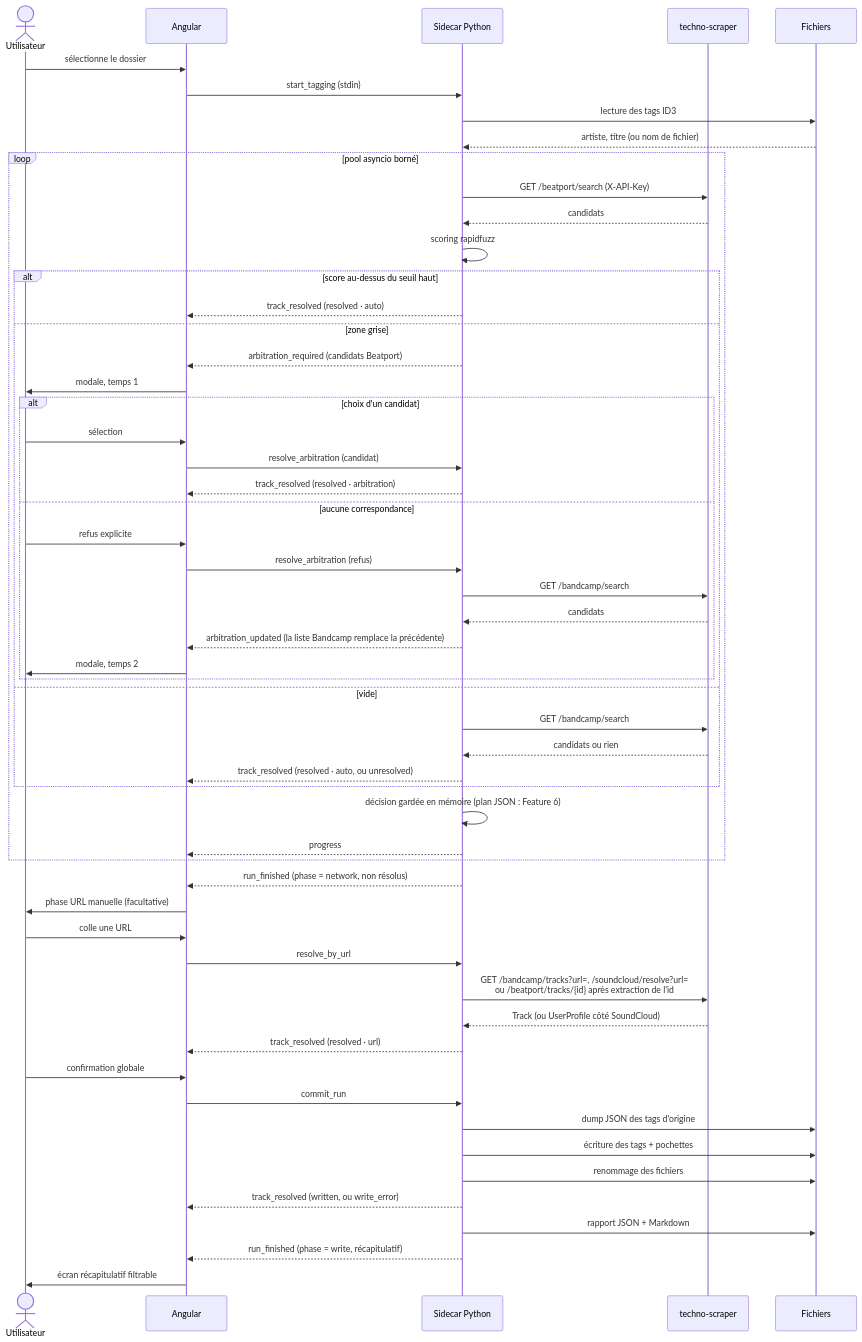
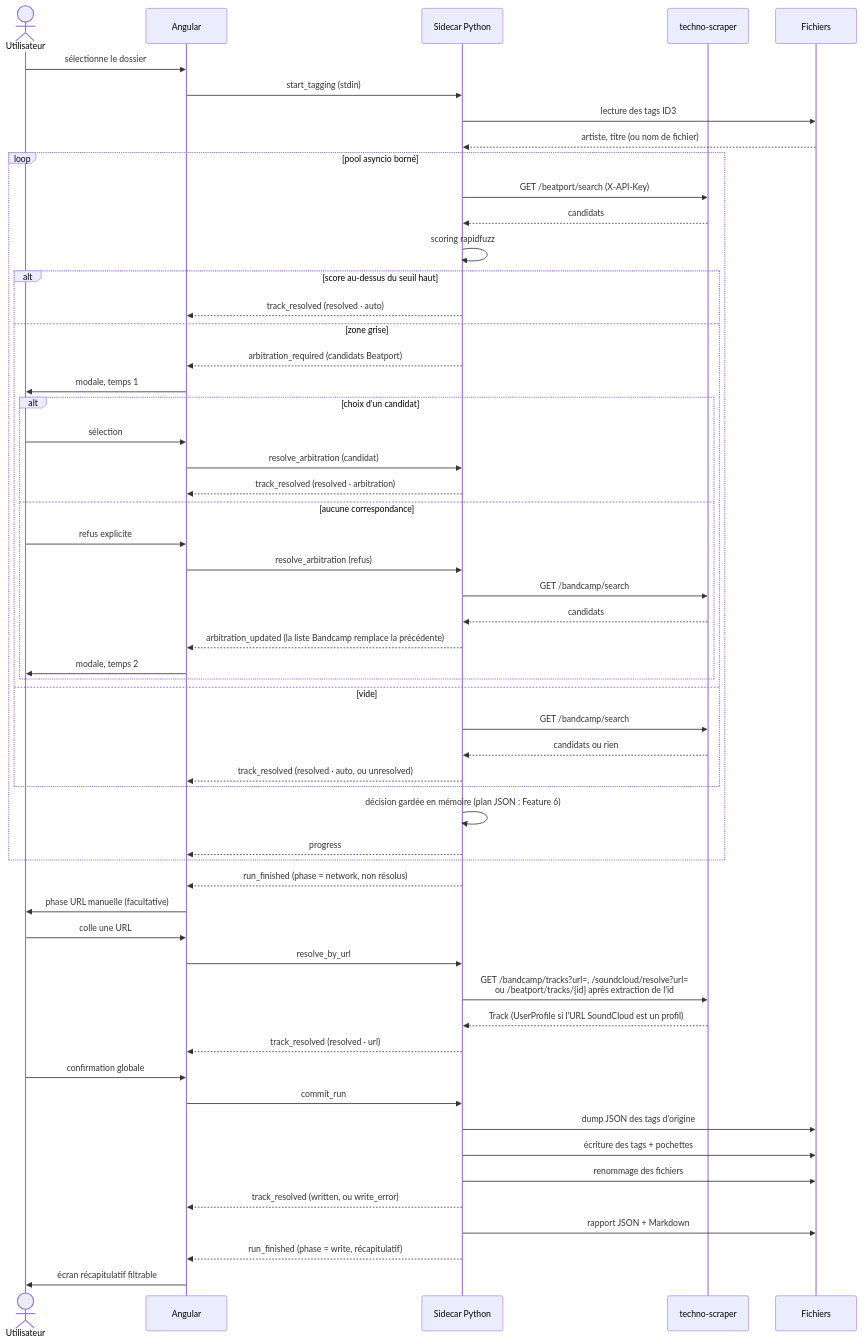
Before and after one commit to thibaud57/techno-tagger: the fourth of 5 diagrams in docs/ARCHITECTURE.md, drawn with Mermaid. The commit also changed other lines of this file and 15 other files, not shown here.

````diff
--- a/docs/ARCHITECTURE.md
+++ b/docs/ARCHITECTURE.md
@@ -609,61 +611,61 @@
 ```mermaid
 sequenceDiagram
     actor U as Utilisateur
     participant UI as Angular
     participant S as Sidecar Python
     participant API as techno-scraper
     participant FS as Fichiers
 
     U->>UI: sélectionne le dossier
     UI->>S: start_tagging (stdin)
     S->>FS: lecture des tags ID3
     FS-->>S: artiste, titre (ou nom de fichier)
 
     loop pool asyncio borné
         S->>API: GET /beatport/search (X-API-Key)
         API-->>S: candidats
         S->>S: scoring rapidfuzz
         alt score au-dessus du seuil haut
             S-->>UI: track_resolved (resolved · auto)
         else zone grise
             S-->>UI: arbitration_required (candidats Beatport)
             UI->>U: modale, temps 1
             alt choix d'un candidat
                 U->>UI: sélection
                 UI->>S: resolve_arbitration (candidat)
                 S-->>UI: track_resolved (resolved · arbitration)
             else aucune correspondance
                 U->>UI: refus explicite
                 UI->>S: resolve_arbitration (refus)
                 S->>API: GET /bandcamp/search
                 API-->>S: candidats
                 S-->>UI: arbitration_updated (la liste Bandcamp remplace la précédente)
                 UI->>U: modale, temps 2
             end
         else vide
             S->>API: GET /bandcamp/search
             API-->>S: candidats ou rien
             S-->>UI: track_resolved (resolved · auto, ou unresolved)
         end
         S->>S: décision gardée en mémoire (plan JSON : Feature 6)
         S-->>UI: progress
     end
 
     S-->>UI: run_finished (phase = network, non résolus)
     UI->>U: phase URL manuelle (facultative)
     U->>UI: colle une URL
     UI->>S: resolve_by_url
     S->>API: GET /bandcamp/tracks?url=, /soundcloud/resolve?url=<br/>ou /beatport/tracks/{id} après extraction de l'id
-    API-->>S: Track (ou UserProfile côté SoundCloud)
+    API-->>S: Track (UserProfile si l'URL SoundCloud est un profil)
     S-->>UI: track_resolved (resolved · url)
 
     U->>UI: confirmation globale
     UI->>S: commit_run
     S->>FS: dump JSON des tags d'origine
     S->>FS: écriture des tags + pochettes
     S->>FS: renommage des fichiers
     S-->>UI: track_resolved (written, ou write_error)
     S->>FS: rapport JSON + Markdown
     S-->>UI: run_finished (phase = write, récapitulatif)
     UI->>U: écran récapitulatif filtrable
 ```
````
